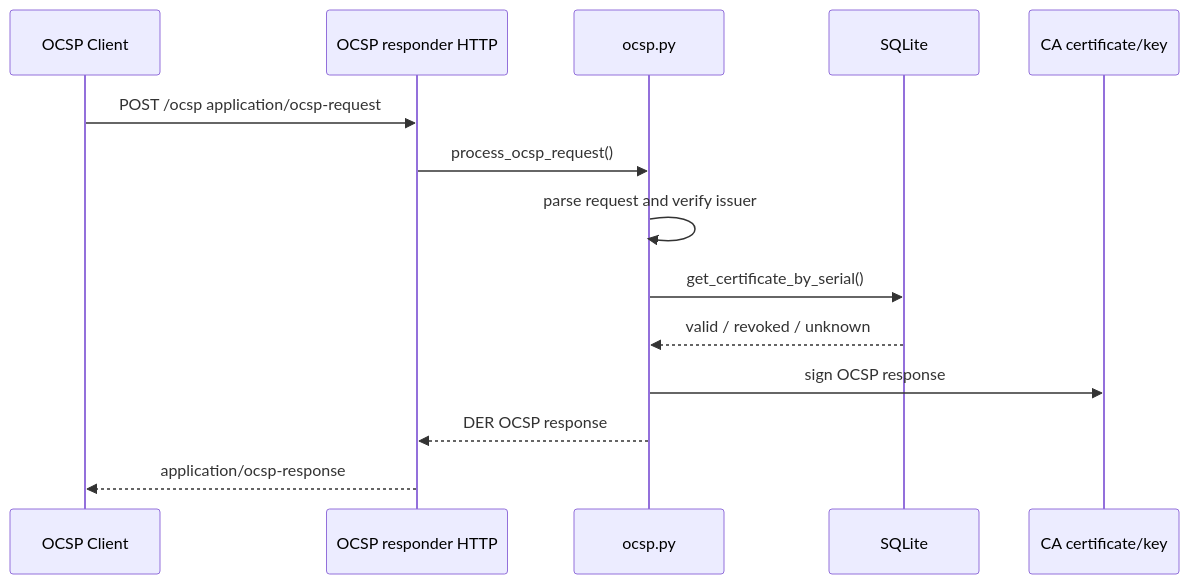
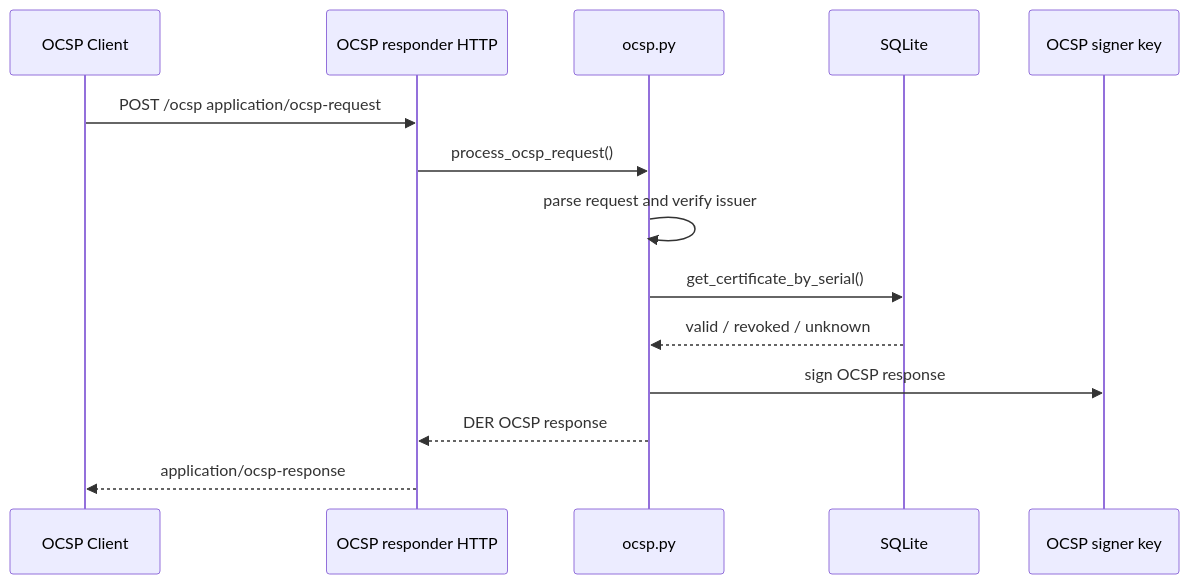
One commit to FanOfLitov/MicroPKI changed the fifth of 7 diagrams in README.md. Above: the diagram before and after it, drawn with Mermaid. The commit also changed other lines of this file and 1 other file, not shown here.

````diff
--- a/README.md
+++ b/README.md
@@ -154,17 +213,17 @@
 ```mermaid
 sequenceDiagram
     participant Client as OCSP Client
     participant HTTP as OCSP responder HTTP
     participant OCSP as ocsp.py
     participant DB as SQLite
-    participant CA as CA certificate/key
+    participant CA as OCSP signer key
 
     Client->>HTTP: POST /ocsp application/ocsp-request
     HTTP->>OCSP: process_ocsp_request()
     OCSP->>OCSP: parse request and verify issuer
     OCSP->>DB: get_certificate_by_serial()
     DB-->>OCSP: valid / revoked / unknown
     OCSP->>CA: sign OCSP response
     OCSP-->>HTTP: DER OCSP response
     HTTP-->>Client: application/ocsp-response
 ```
````
